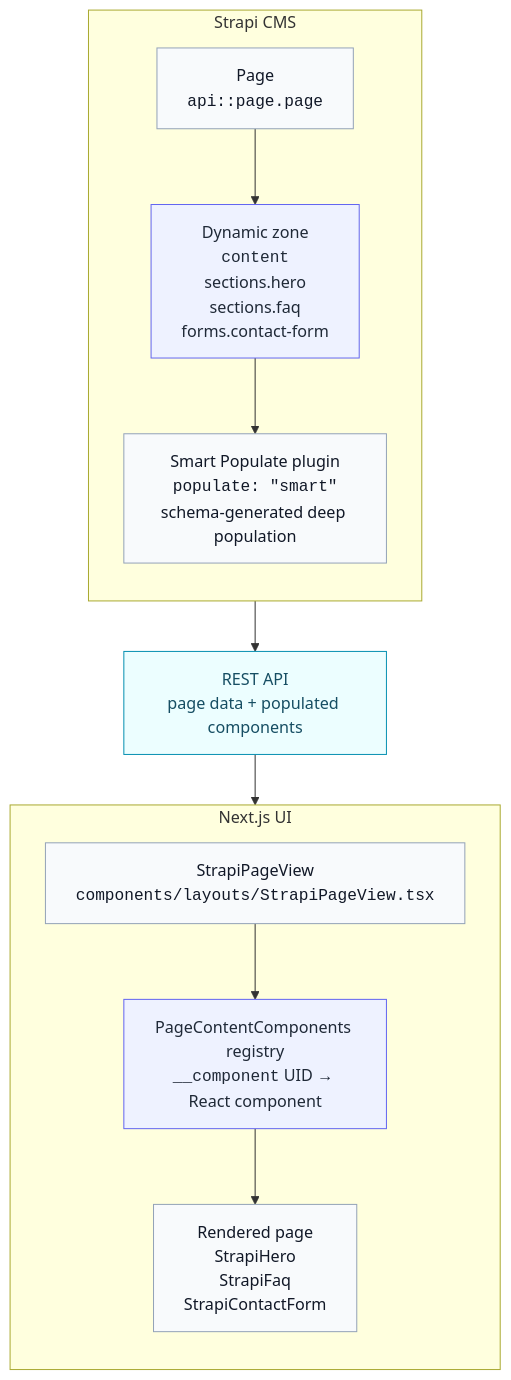
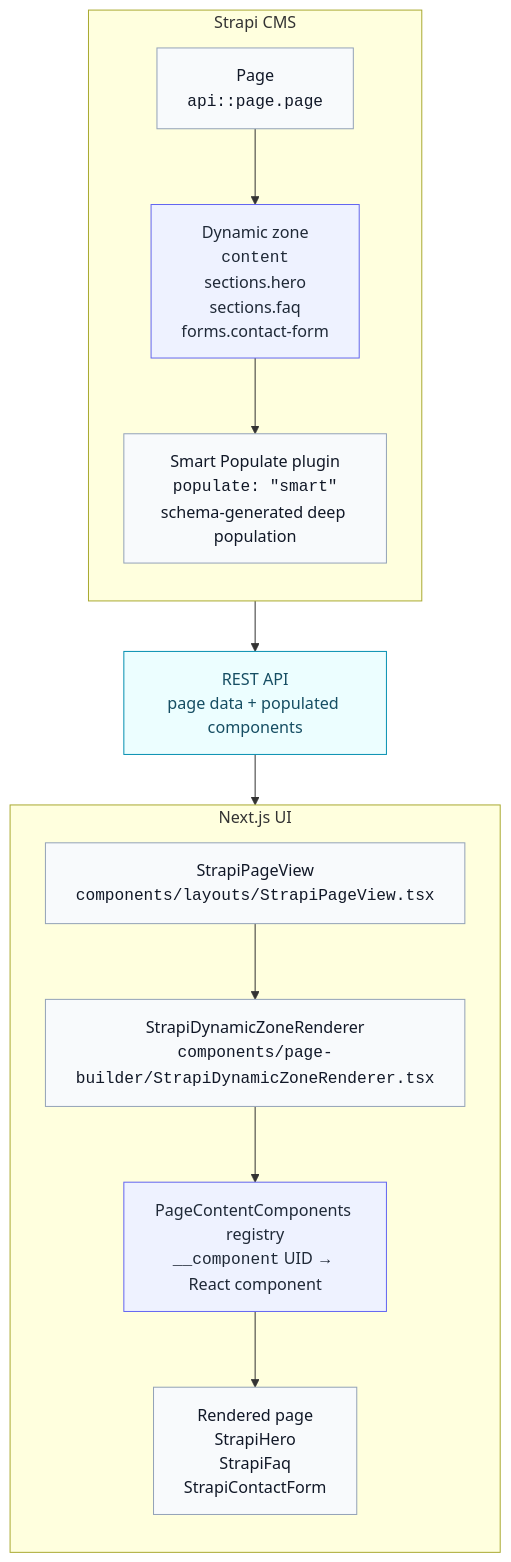
Before and after one commit to notum-cz/strapi-next-monorepo-starter: the diagram in apps/docs/docs/page-builder/introduction.md, drawn with Mermaid. The commit also changed other lines of this file and 24 other files, not shown here.

````diff
--- a/apps/docs/docs/page-builder/introduction.md
+++ b/apps/docs/docs/page-builder/introduction.md
@@ -15,26 +15,27 @@
 ```mermaid
 flowchart TB
   classDef zone fill:#eef2ff,stroke:#6366f1,color:#1f2937,stroke-width:1px
   classDef service fill:#f8fafc,stroke:#94a3b8,color:#111827,stroke-width:1px
   classDef bridge fill:#ecfeff,stroke:#0891b2,color:#164e63,stroke-width:1px
 
   subgraph Strapi["Strapi CMS"]
     direction TB
     Page["Page<br/><code>api::page.page</code>"]:::service
     Content["Dynamic zone<br/><code>content</code><br/>sections.hero<br/>sections.faq<br/>forms.contact-form"]:::zone
     SmartPopulate["Smart Populate plugin<br/><code>populate: &quot;smart&quot;</code><br/>schema-generated deep population"]:::service
     Page --> Content --> SmartPopulate
   end
 
   Api["REST API<br/>page data + populated components"]:::bridge
 
   subgraph Next["Next.js UI"]
     direction TB
     View["StrapiPageView<br/><code>components/layouts/StrapiPageView.tsx</code>"]:::service
+    Renderer["StrapiDynamicZoneRenderer<br/><code>components/page-builder/StrapiDynamicZoneRenderer.tsx</code>"]:::service
     Registry["PageContentComponents registry<br/><code>__component</code> UID → React component"]:::zone
     React["Rendered page<br/>StrapiHero<br/>StrapiFaq<br/>StrapiContactForm"]:::service
-    View --> Registry --> React
+    View --> Renderer --> Registry --> React
   end
 
   SmartPopulate --> Api --> View
 ```
````
